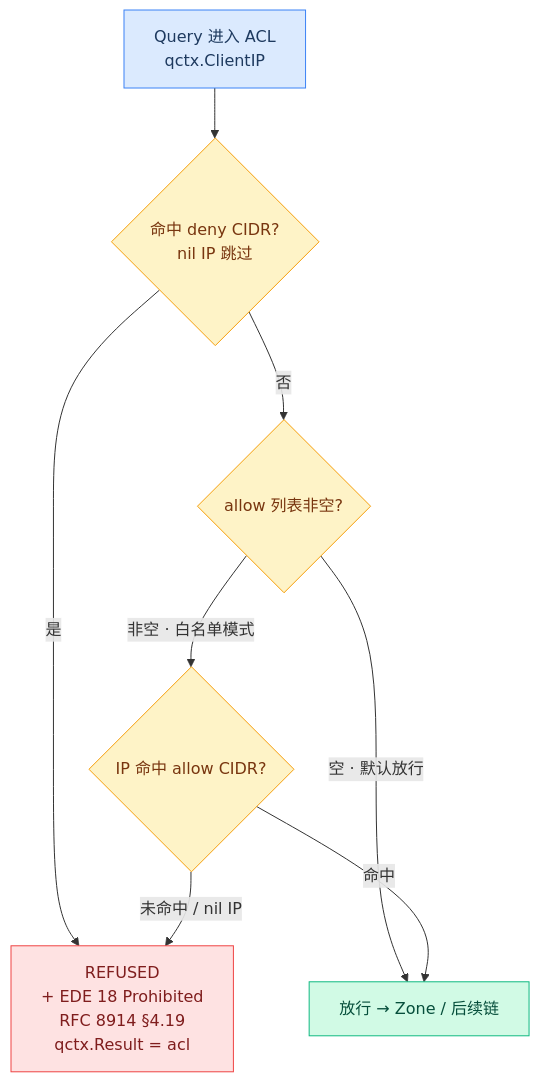
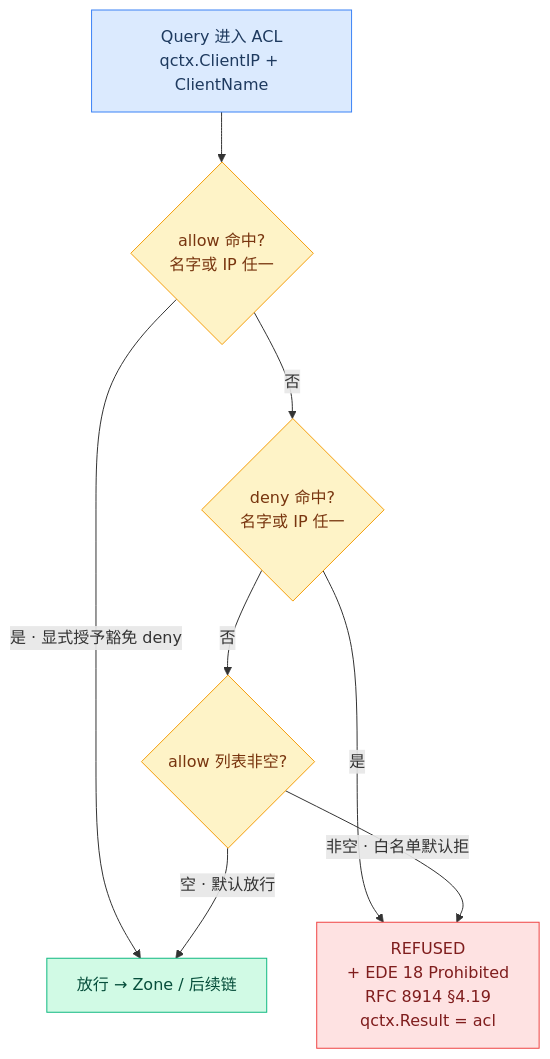
One commit to hezhijie0327/ZJDNS changed diagram 25 of 37 in docs/FLOWCHARTS.md. Above: the diagram before and after it, drawn with Mermaid. The commit also changed other lines of this file and 38 other files, not shown here.

````diff
--- a/docs/FLOWCHARTS.md
+++ b/docs/FLOWCHARTS.md
@@ -728,18 +728,18 @@
 ```mermaid
 graph TD
-    Q[Query 进入 ACL<br/>qctx.ClientIP] --> DENY{命中 deny CIDR?<br/>nil IP 跳过}
+    Q[Query 进入 ACL<br/>qctx.ClientIP + ClientName] --> ALLOWED{allow 命中?<br/>名字或 IP 任一}
+    ALLOWED -->|是 · 显式授予豁免 deny| NEXT[放行 → Zone / 后续链]
+    ALLOWED -->|否| DENY{deny 命中?<br/>名字或 IP 任一}
     DENY -->|是| REFUSE[REFUSED<br/>+ EDE 18 Prohibited<br/>RFC 8914 §4.19<br/>qctx.Result = acl]
-    DENY -->|否| ALLOW{allow 列表非空?}
-    ALLOW -->|空 · 默认放行| NEXT[放行 → Zone / 后续链]
-    ALLOW -->|非空 · 白名单模式| HIT{IP 命中 allow CIDR?}
-    HIT -->|命中| NEXT
-    HIT -->|未命中 / nil IP| REFUSE
+    DENY -->|否| DEFAULT{allow 列表非空?}
+    DEFAULT -->|空 · 默认放行| NEXT
+    DEFAULT -->|非空 · 白名单默认拒| REFUSE
     classDef start fill:#dbeafe,stroke:#3b82f6,color:#1e3a5f
     classDef proc fill:#fef3c7,stroke:#f59e0b,color:#78350f
     classDef refuse fill:#fee2e2,stroke:#ef4444,color:#7f1d1d
     classDef pass fill:#d1fae5,stroke:#10b981,color:#064e3b
     class Q start
-    class DENY,ALLOW,HIT proc
+    class ALLOWED,DENY,DEFAULT proc
     class REFUSE refuse
     class NEXT pass
 ```
````
